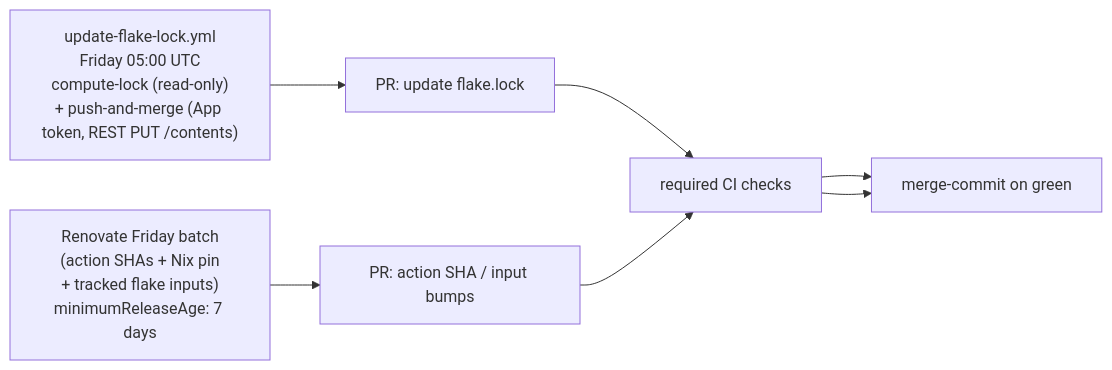
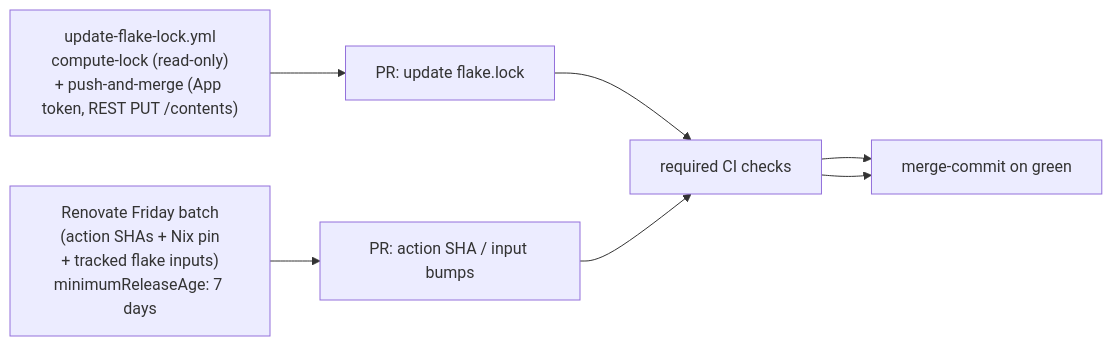
One commit to rvenutolo/linPEAS-flake changed the third of 3 diagrams in docs/architecture/auto-update.md. Above: the diagram before and after it, drawn with Mermaid. The commit also changed other lines of this file and 8 other files, not shown here.

````diff
--- a/docs/architecture/auto-update.md
+++ b/docs/architecture/auto-update.md
@@ -45,12 +45,12 @@
 ```mermaid
 flowchart LR
-  flakelock["update-flake-lock.yml<br/>Friday 05:00 UTC<br/>compute-lock (read-only)<br/>+ push-and-merge (App token, REST PUT /contents)"]
+  flakelock["update-flake-lock.yml<br/>compute-lock (read-only)<br/>+ push-and-merge (App token, REST PUT /contents)"]
   renovate["Renovate Friday batch<br/>(action SHAs + Nix pin<br/>+ tracked flake inputs)<br/>minimumReleaseAge: 7 days"]
   pr1["PR: update flake.lock"]
   pr2["PR: action SHA / input bumps"]
   ci["required CI checks"]
   merge["merge-commit on green"]
 
   flakelock --> pr1 --> ci --> merge
   renovate --> pr2 --> ci --> merge
 ```
````
